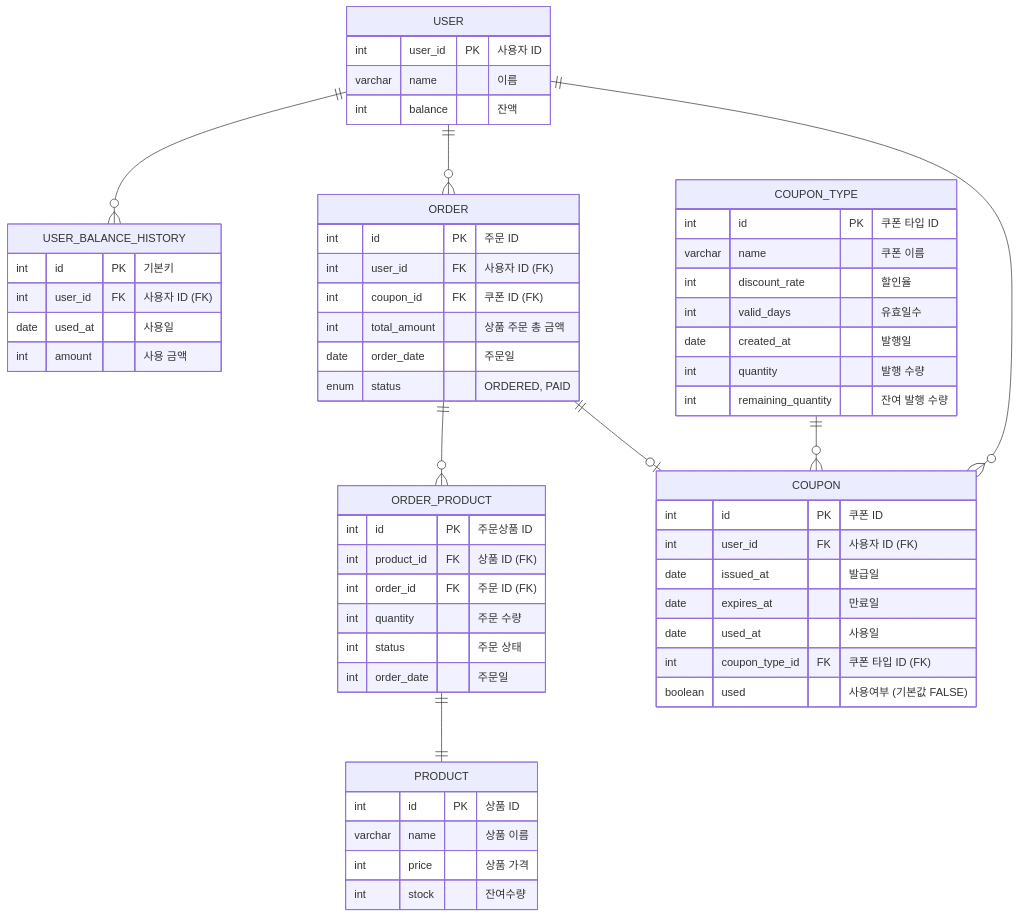
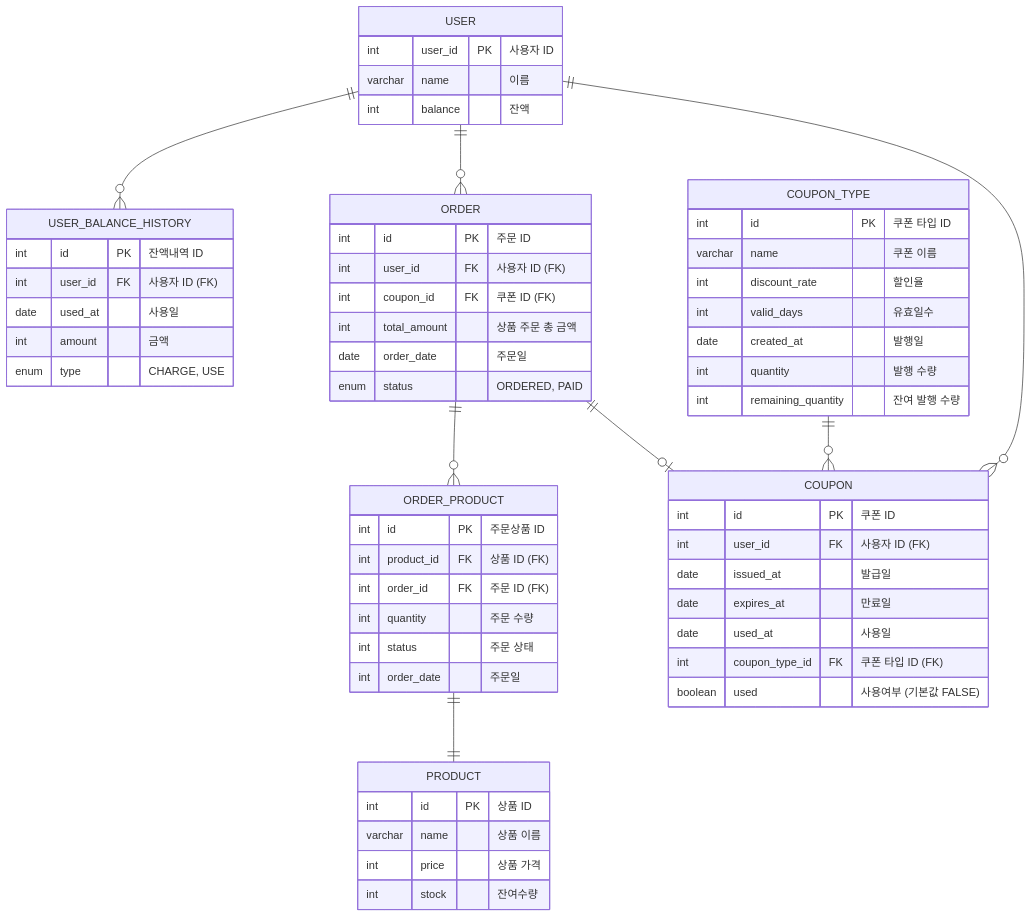
Before and after one commit to ssunnykku/e-commerce: the diagram in docs/erd.md, drawn with Mermaid.

Commit message:
docs: erd 수정 (USER_BALANCE_HISTORY)

````diff
--- a/docs/erd.md
+++ b/docs/erd.md
@@ -2,70 +2,72 @@
 ```mermaid
 erDiagram
     USER ||--o{ USER_BALANCE_HISTORY : ""
     USER ||--o{ ORDER : ""
     USER ||--o{ COUPON : ""
     ORDER ||--o{ ORDER_PRODUCT : ""
     ORDER ||--o| COUPON : ""
     ORDER_PRODUCT ||--|| PRODUCT : ""
     COUPON_TYPE ||--o{ COUPON : ""
 
     USER {
         int user_id PK "사용자 ID"
         varchar name "이름"
         int balance "잔액"
     }
     	
-    USER_BALANCE_HISTORY {
-        int id PK "기본키"
+     USER_BALANCE_HISTORY {
+        int id PK "잔액내역 ID"
         int user_id FK "사용자 ID (FK)"
         date used_at "사용일"
-        int amount "사용 금액"
+        int amount "금액"
+        enum type "CHARGE, USE"
     }
+	
 	
     ORDER {
         int id PK "주문 ID"
         int user_id FK "사용자 ID (FK)"
         int coupon_id FK "쿠폰 ID (FK)"
         int total_amount "상품 주문 총 금액"
         date order_date "주문일"
         enum status "ORDERED, PAID"
     }
 
     ORDER_PRODUCT {
         int id PK "주문상품 ID"
         int product_id FK "상품 ID (FK)"
         int order_id FK "주문 ID (FK)"
         int quantity "주문 수량"
         int status "주문 상태"
         int order_date "주문일"
     }
 
     PRODUCT {
         int id PK "상품 ID"
         varchar name "상품 이름"
         int price "상품 가격"
         int stock "잔여수량"
     }
 
     COUPON {
         int id PK "쿠폰 ID"
         int user_id FK "사용자 ID (FK)"
         date issued_at "발급일"
         date expires_at "만료일"
         date used_at "사용일"
         int coupon_type_id FK "쿠폰 타입 ID (FK)"
         boolean used "사용여부 (기본값 FALSE)"
     }
 
     COUPON_TYPE {
         int id PK "쿠폰 타입 ID"
         varchar name "쿠폰 이름"
         int discount_rate "할인율"
         int valid_days "유효일수"
         date created_at "발행일"
         int quantity "발행 수량"
         int remaining_quantity "잔여 발행 수량"
     }
 
 
 ```
````
